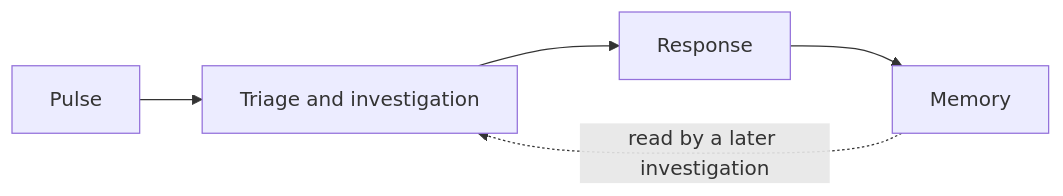
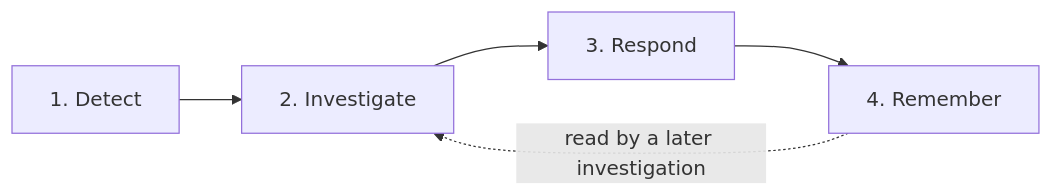
The diagram in guide/incident/overview.mdx (nhat-tranvan/docs), drawn with Mermaid before and after one commit. The commit also changed other lines of this file and 15 other files, not shown here.

First line of the commit message:
docs(v2): lead with Frontier Investigation Agents; Memory and sharing under Platform

````diff
--- a/guide/incident/overview.mdx
+++ b/guide/incident/overview.mdx
@@ -17,7 +17,7 @@
 ```mermaid
 flowchart LR
-    A[Pulse] --> B[Triage and investigation]
-    B --> C[Response]
-    C --> D[Memory]
+    A[1. Detect] --> B[2. Investigate]
+    B --> C[3. Respond]
+    C --> D[4. Remember]
     D -. "read by a later investigation" .-> B
 ```
````
